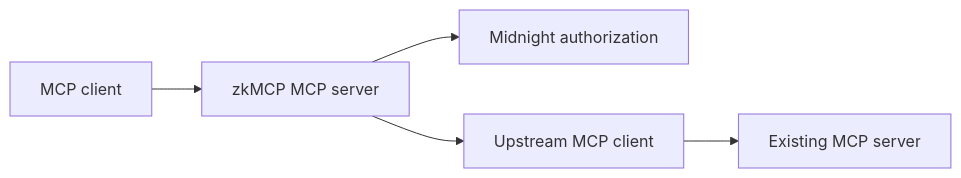
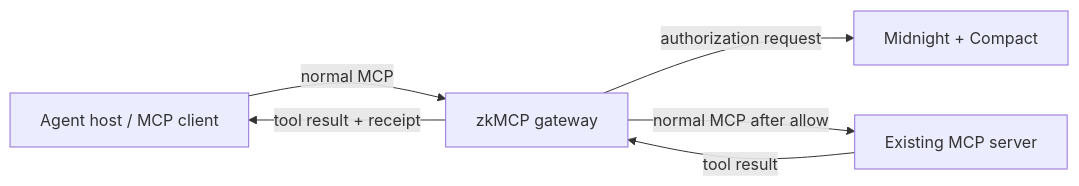
One commit to zohaibarsalan/zkMCP changed the diagram in apps/web/content/docs/mcp/index.mdx. Above: the diagram before and after it, drawn with Mermaid. The commit also changed other lines of this file and 43 other files, not shown here.

Commit message:
docs: deepen architecture and integration guides

````diff
--- a/apps/web/content/docs/mcp/index.mdx
+++ b/apps/web/content/docs/mcp/index.mdx
@@ -8,7 +10,8 @@
 ```mermaid
 flowchart LR
-    C[MCP client] --> G[zkMCP MCP server]
-    G --> M[Midnight authorization]
-    G --> U[Upstream MCP client]
-    U --> S[Existing MCP server]
+    A[Agent host / MCP client] -->|normal MCP| G[zkMCP gateway]
+    G -->|authorization request| M[Midnight + Compact]
+    G -->|normal MCP after allow| S[Existing MCP server]
+    S -->|tool result| G
+    G -->|tool result + receipt| A
 ```
````
